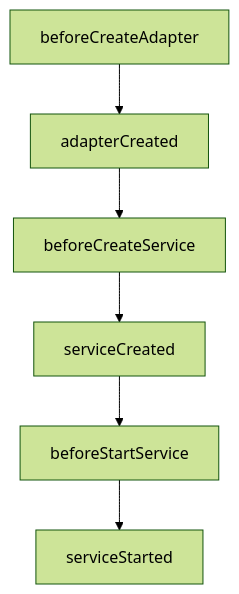
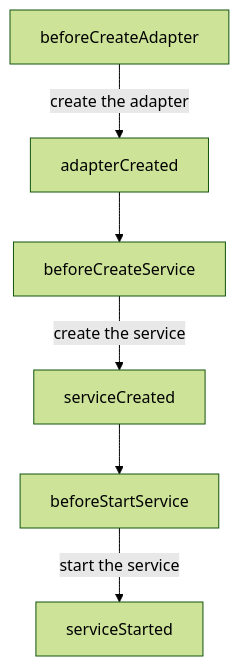
Before and after one commit to nodeblocks-dev/geekle-supply-user-adapter: the diagram in README.md, drawn with Mermaid (forest theme). The commit also changed other lines of this file and 3 other files, not shown here.

````diff
--- a/README.md
+++ b/README.md
@@ -141,8 +162,8 @@
 ```mermaid
 graph TD
-  A[beforeCreateAdapter] --> B[adapterCreated]
+  A[beforeCreateAdapter] -- create the adapter --> B[adapterCreated]
   B --> C[beforeCreateService]
-  C --> D[serviceCreated]
+  C -- create the service --> D[serviceCreated]
   D --> E[beforeStartService]
-  E --> F[serviceStarted]
+  E -- start the service --> F[serviceStarted]
 ```
````
